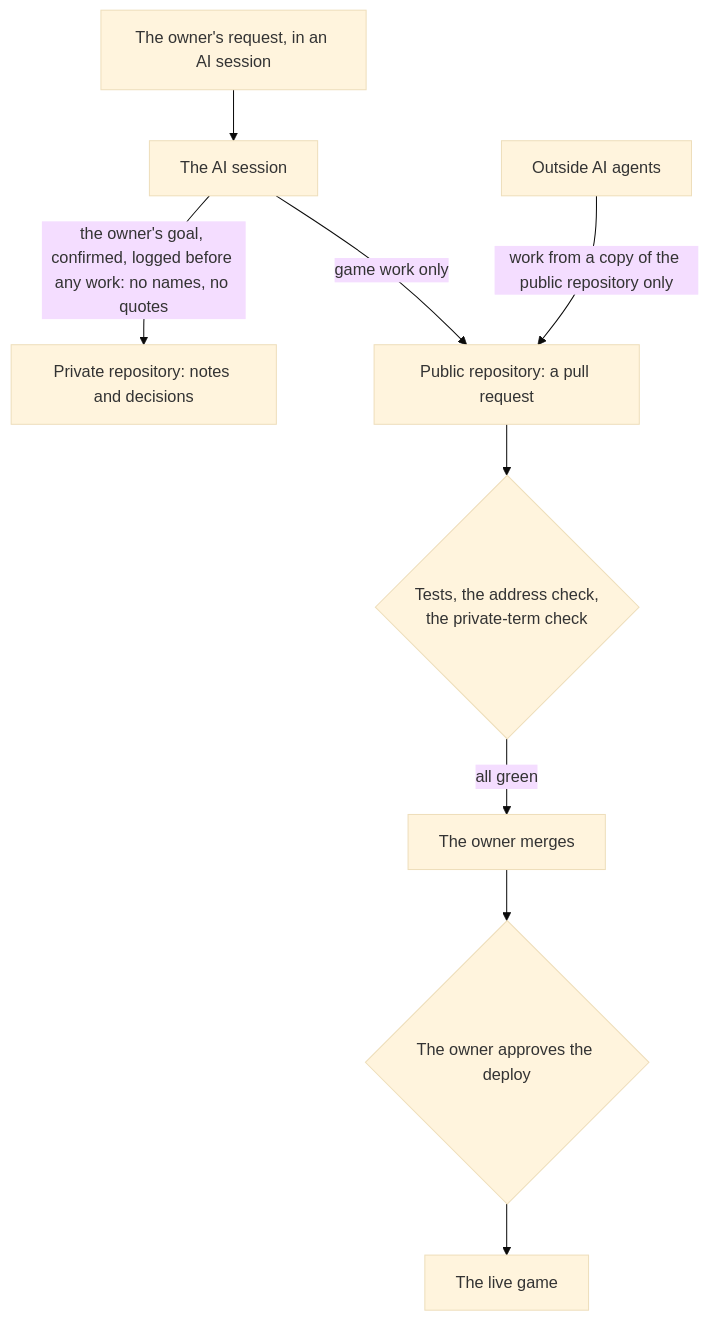
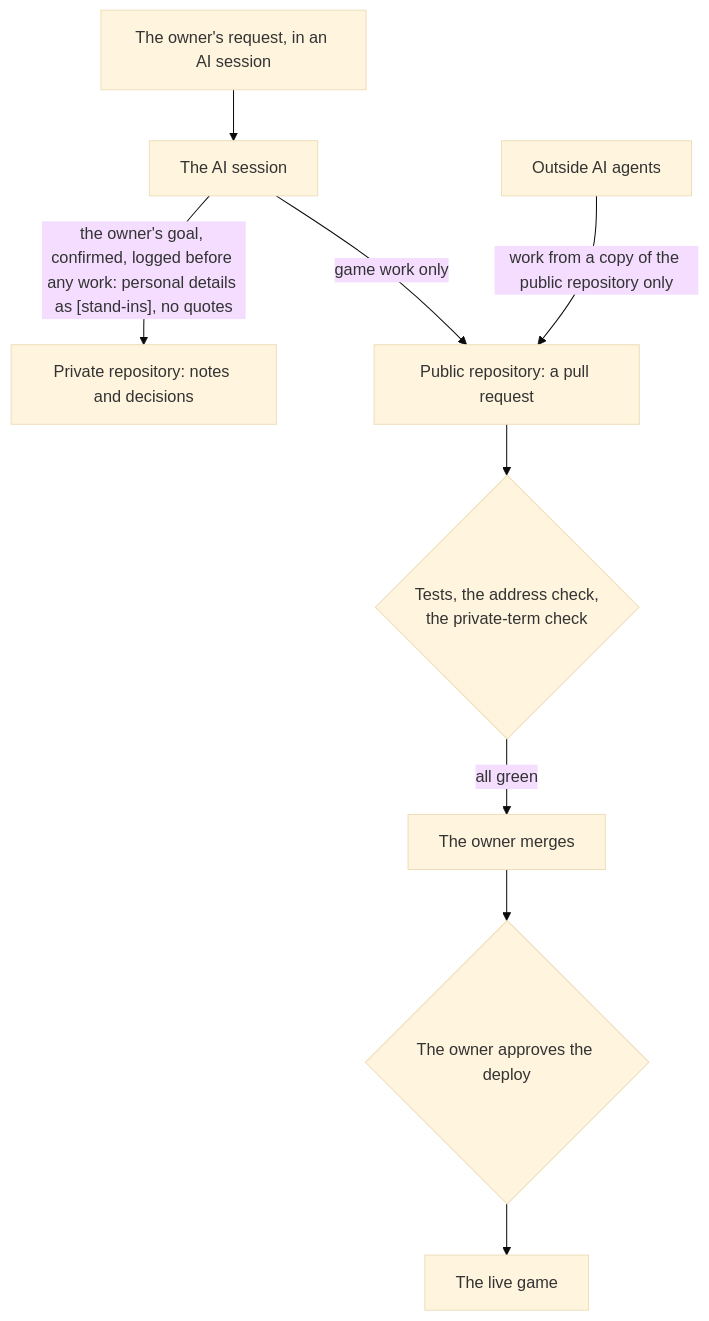
One commit to rcguerrero29/Taller_Quest changed the diagram in docs/PRIVACY.md. Above: the diagram before and after it, drawn with Mermaid (base theme). The commit also changed 8 other files, not shown here.

First line of the commit message:
Review fixes: stand-ins kept, copies take the goal, the public-only path writes the goal back

````diff
--- a/docs/PRIVACY.md
+++ b/docs/PRIVACY.md
@@ -18,11 +18,11 @@
 ```mermaid
 flowchart TD
   O["The owner's request, in an AI session"] --> S["The AI session"]
-  S -->|"the owner's goal, confirmed, logged before any work: no names, no quotes"| P["Private repository: notes and decisions"]
+  S -->|"the owner's goal, confirmed, logged before any work: personal details as [stand-ins], no quotes"| P["Private repository: notes and decisions"]
   S -->|"game work only"| PR["Public repository: a pull request"]
   PR --> T{"Tests, the address check,<br/>the private-term check"}
   T -->|"all green"| M["The owner merges"]
   M --> D{"The owner approves the deploy"}
   D --> G["The live game"]
   A["Outside AI agents"] -->|"work from a copy of the public repository only"| PR
 ```
````
